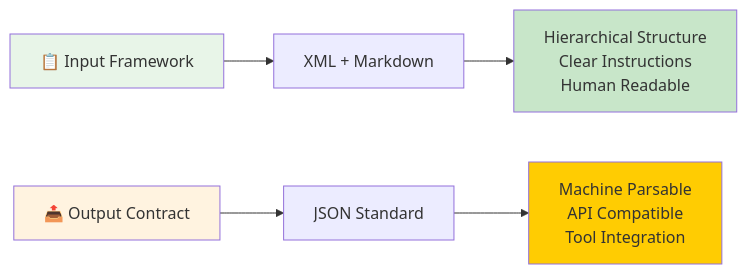
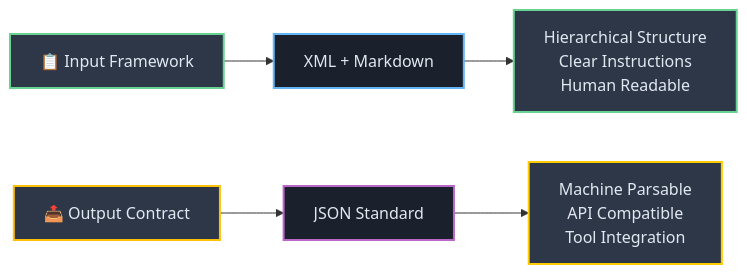
The sixth of 9 diagrams in Part_II_Section_8_Case_Studies_Deconstructing_Real-World_Agent_Prompts.md (josemlopez/prompt_tutorial), drawn with Mermaid before and after one commit. The commit also changed other lines of this file and 7 other files, not shown here.

````diff
--- a/Part_II_Section_8_Case_Studies_Deconstructing_Real-World_Agent_Prompts.md
+++ b/Part_II_Section_8_Case_Studies_Deconstructing_Real-World_Agent_Prompts.md
@@ -350,14 +362,16 @@
 ```mermaid
 graph LR
-    A[📋 Input Framework] --> B[XML + Markdown]
-    C[📤 Output Contract] --> D[JSON Standard]
-    
-    B --> E[Hierarchical Structure<br/>Clear Instructions<br/>Human Readable]
-    
-    D --> F[Machine Parsable<br/>API Compatible<br/>Tool Integration]
-    
-    style A fill:#e8f5e8
-    style C fill:#fff3e0
-    style E fill:#c8e6c9
-    style F fill:#ffcc02
+   A[📋 Input Framework] --> B[XML + Markdown]
+   C[📤 Output Contract] --> D[JSON Standard]
+   
+   B --> E[Hierarchical Structure<br/>Clear Instructions<br/>Human Readable]
+   
+   D --> F[Machine Parsable<br/>API Compatible<br/>Tool Integration]
+   
+   style A fill:#2d3748,stroke:#68d391,stroke-width:2px,color:#e2e8f0
+   style C fill:#2d3748,stroke:#ffc107,stroke-width:2px,color:#e2e8f0
+   style B fill:#1a202c,stroke:#64b5f6,stroke-width:2px,color:#e2e8f0
+   style D fill:#1a202c,stroke:#ba68c8,stroke-width:2px,color:#e2e8f0
+   style E fill:#2d3748,stroke:#68d391,stroke-width:2px,color:#e2e8f0
+   style F fill:#2d3748,stroke:#ffcc02,stroke-width:2px,color:#e2e8f0
 ```
````
